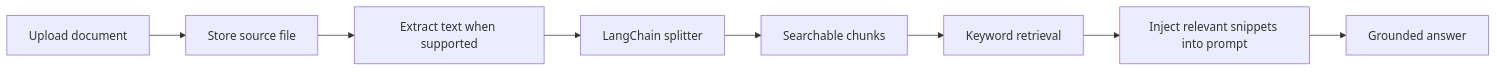
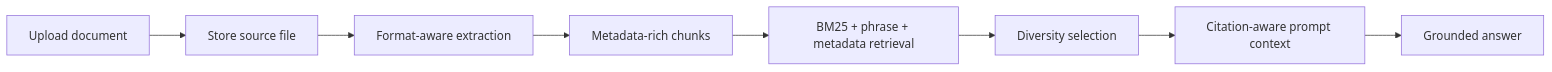
The fifth of 5 diagrams in README.md (lizr-phys/physics-learning-agent), drawn with Mermaid before and after one commit. The commit also changed other lines of this file and 24 other files, not shown here.

````diff
--- a/README.md
+++ b/README.md
@@ -291,10 +300,10 @@
 ```mermaid
 flowchart LR
   Upload["Upload document"] --> Store["Store source file"]
-  Store --> Extract["Extract text when supported"]
-  Extract --> LangChain["LangChain splitter"]
-  LangChain --> Chunk["Searchable chunks"]
-  Chunk --> Search["Keyword retrieval"]
-  Search --> Context["Inject relevant snippets into prompt"]
+  Store --> Extract["Format-aware extraction"]
+  Extract --> Chunk["Metadata-rich chunks"]
+  Chunk --> Search["BM25 + phrase + metadata retrieval"]
+  Search --> Rerank["Diversity selection"]
+  Rerank --> Context["Citation-aware prompt context"]
   Context --> Answer["Grounded answer"]
 ```
````
